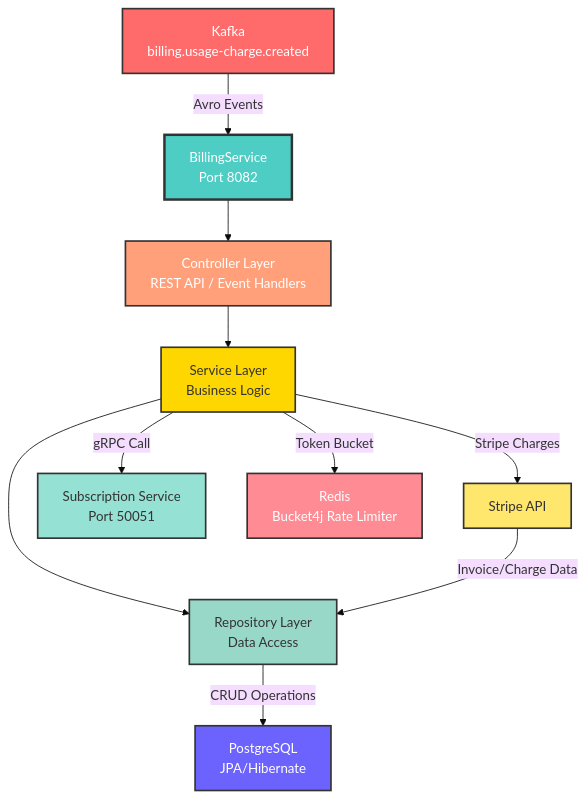
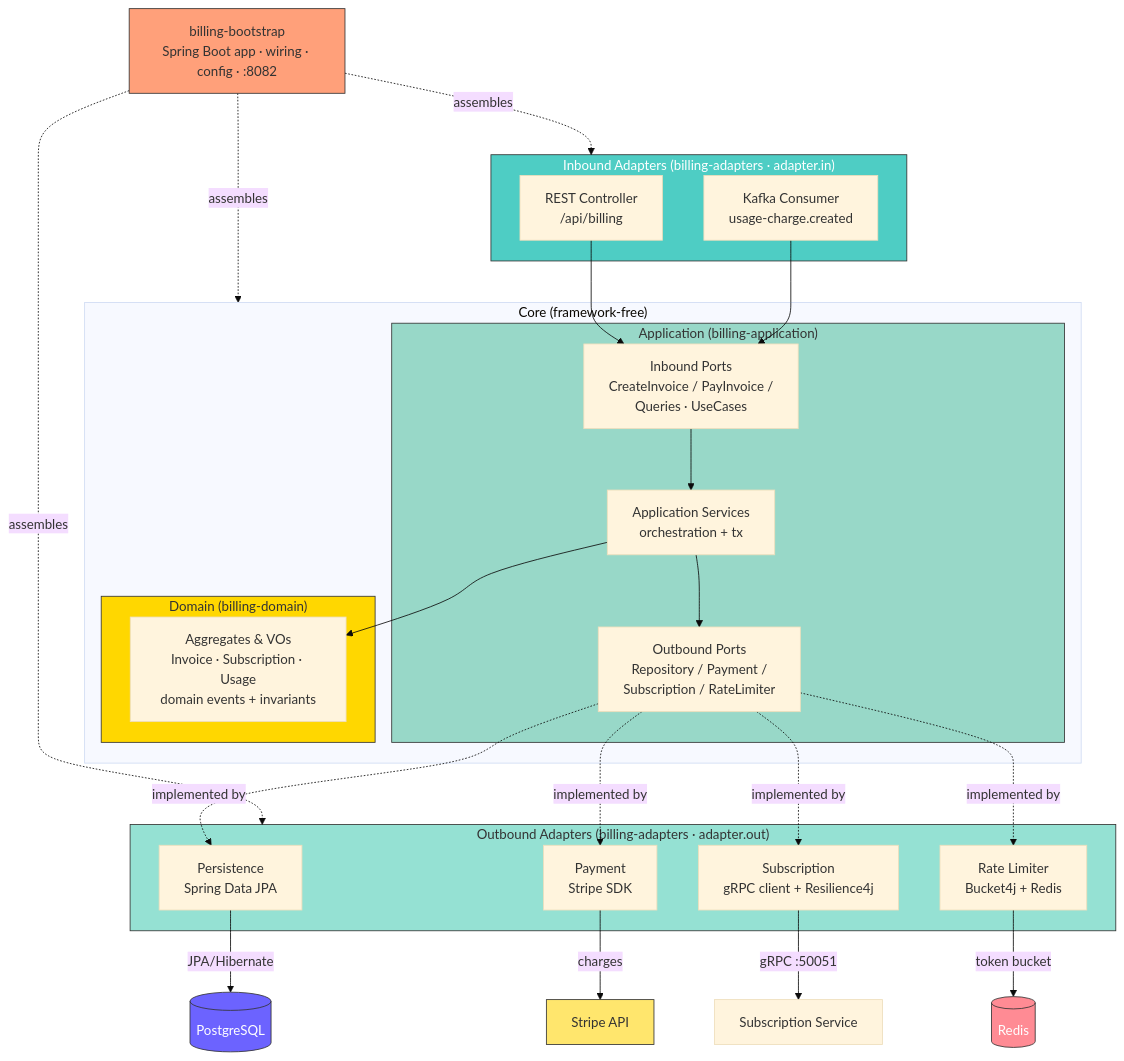
Before and after one commit to huzaifa678/billing-service: the diagram in README.md, drawn with Mermaid (base theme). The commit also changed other lines of this file, not shown here.

````diff
--- a/README.md
+++ b/README.md
@@ -13,28 +15,54 @@
 ```mermaid
 graph TD
-    A["Kafka<br/>billing.usage-charge.created"] -->|Avro Events| B["BillingService<br/>Port 8082"]
-    
-    B --> C["Controller Layer<br/>REST API / Event Handlers"]
-    
-    C --> D["Service Layer<br/>Business Logic"]
-    
-    D --> E["Repository Layer<br/>Data Access"]
-    
-    E -->|CRUD Operations| F["PostgreSQL<br/>JPA/Hibernate"]
-    
-    D -->|Stripe Charges| G["Stripe API"]
-    D -->|gRPC Call| H["Subscription Service<br/>Port 50051"]
-    D -->|Token Bucket| I["Redis<br/>Bucket4j Rate Limiter"]
-    
-    G -->|Invoice/Charge Data| E
-    
-    style A fill:#FF6B6B,stroke:#333,color:#fff,stroke-width:2px
-    style B fill:#4ECDC4,stroke:#333,color:#fff,stroke-width:3px
-    style C fill:#FFA07A,stroke:#333,color:#fff,stroke-width:2px
-    style D fill:#FFD700,stroke:#333,color:#333,stroke-width:2px
-    style E fill:#98D8C8,stroke:#333,color:#333,stroke-width:2px
-    style F fill:#6C63FF,stroke:#333,color:#fff,stroke-width:2px
-    style G fill:#FFE66D,stroke:#333,color:#333,stroke-width:2px
-    style H fill:#95E1D3,stroke:#333,color:#333,stroke-width:2px
-    style I fill:#FF8B94,stroke:#333,color:#fff,stroke-width:2px
+    subgraph Driving["Inbound Adapters (billing-adapters · adapter.in)"]
+        REST["REST Controller<br/>/api/billing"]
+        KafkaIn["Kafka Consumer<br/>usage-charge.created"]
+    end
+
+    subgraph Core["Core (framework-free)"]
+        subgraph App["Application (billing-application)"]
+            InPorts["Inbound Ports<br/>CreateInvoice / PayInvoice /<br/>Queries · UseCases"]
+            Services["Application Services<br/>orchestration + tx"]
+            OutPorts["Outbound Ports<br/>Repository / Payment /<br/>Subscription / RateLimiter"]
+        end
+        subgraph Domain["Domain (billing-domain)"]
+            Model["Aggregates & VOs<br/>Invoice · Subscription · Usage<br/>domain events + invariants"]
+        end
+    end
+
+    subgraph Driven["Outbound Adapters (billing-adapters · adapter.out)"]
+        Persistence["Persistence<br/>Spring Data JPA"]
+        Payment["Payment<br/>Stripe SDK"]
+        SubGrpc["Subscription<br/>gRPC client + Resilience4j"]
+        RateLimit["Rate Limiter<br/>Bucket4j + Redis"]
+    end
+
+    REST --> InPorts
+    KafkaIn --> InPorts
+    InPorts --> Services
+    Services --> Model
+    Services --> OutPorts
+
+    OutPorts -. implemented by .-> Persistence
+    OutPorts -. implemented by .-> Payment
+    OutPorts -. implemented by .-> SubGrpc
+    OutPorts -. implemented by .-> RateLimit
+
+    Persistence -->|JPA/Hibernate| PG[("PostgreSQL")]
+    Payment -->|charges| Stripe["Stripe API"]
+    SubGrpc -->|gRPC :50051| SubSvc["Subscription Service"]
+    RateLimit -->|token bucket| Redis[("Redis")]
+
+    Boot["billing-bootstrap<br/>Spring Boot app · wiring · config · :8082"] -.->|assembles| Core
+    Boot -.->|assembles| Driving
+    Boot -.->|assembles| Driven
+
+    style Domain fill:#FFD700,stroke:#333,color:#333
+    style App fill:#98D8C8,stroke:#333,color:#333
+    style Driving fill:#4ECDC4,stroke:#333,color:#fff
+    style Driven fill:#95E1D3,stroke:#333,color:#333
+    style Boot fill:#FFA07A,stroke:#333,color:#333
+    style PG fill:#6C63FF,stroke:#333,color:#fff
+    style Redis fill:#FF8B94,stroke:#333,color:#fff
+    style Stripe fill:#FFE66D,stroke:#333,color:#333
 ```
````
